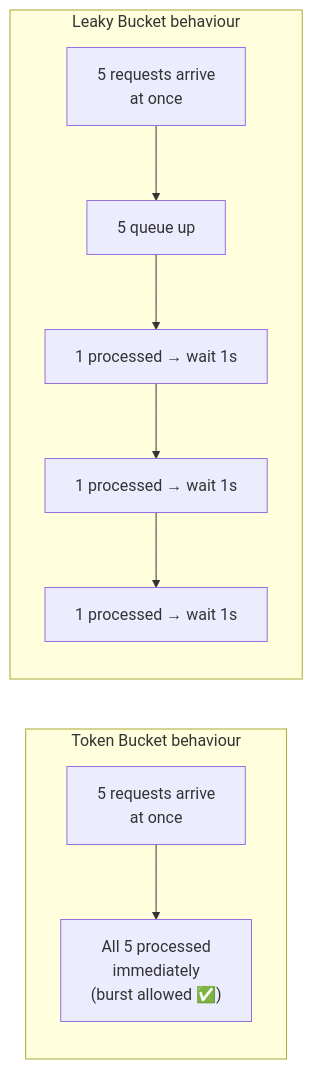
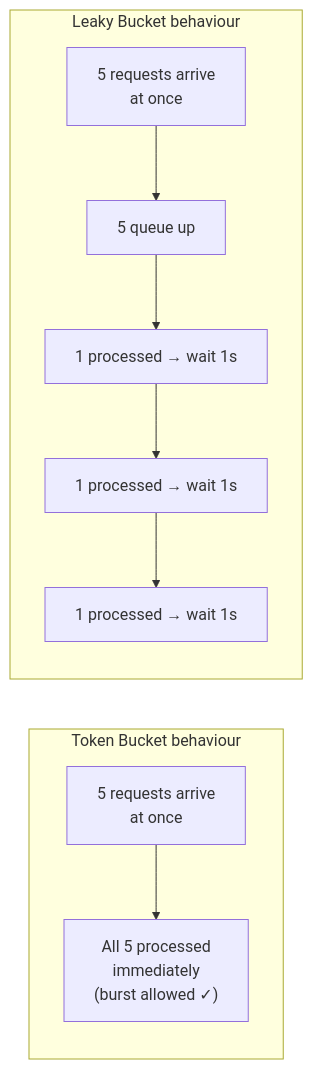
Before and after one commit to devops-monk/system-design-blog: the ninth of 26 diagrams in content/posts/2026/design-a-rate-limiter.md, drawn with Mermaid. The commit also changed other lines of this file and 5 other files, not shown here.

````diff
--- a/content/posts/2026/design-a-rate-limiter.md
+++ b/content/posts/2026/design-a-rate-limiter.md
@@ -277,19 +276,19 @@
 ```mermaid
 graph LR
     subgraph TOKEN["Token Bucket behaviour"]
         direction TB
         T_IN["5 requests arrive\nat once"]
-        T_PROCESS["All 5 processed\nimmediately\n(burst allowed ✅)"]
+        T_PROCESS["All 5 processed\nimmediately\n(burst allowed ✓)"]
         T_IN --> T_PROCESS
     end
 
     subgraph LEAKY["Leaky Bucket behaviour"]
         direction TB
         L_IN["5 requests arrive\nat once"]
         L_Q["5 queue up"]
         L_P1["1 processed → wait 1s"]
         L_P2["1 processed → wait 1s"]
         L_P3["1 processed → wait 1s"]
         L_IN --> L_Q --> L_P1 --> L_P2 --> L_P3
     end
 ```
````
